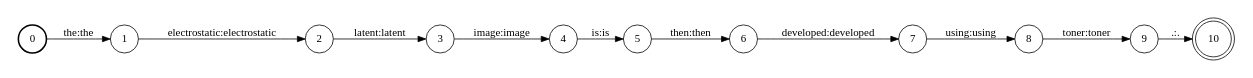
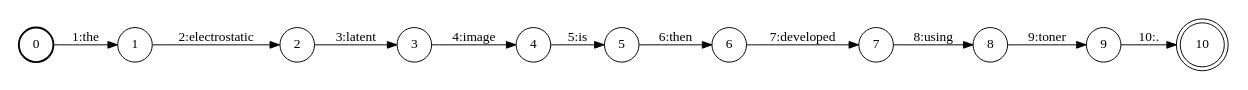
Before and after one commit to pepijnkokke/UvA-MT2-PBT: the diagram in out/task1/dev.en.4.dot, drawn with Graphviz. The commit also changed 2923 other files, not shown here.

```diff
--- a/out/task1/dev.en.4.dot
+++ b/out/task1/dev.en.4.dot
@@ -1,30 +1,30 @@
 digraph FST {
 rankdir = LR;
 size = "8.5,11";
 label = "";
 center = 1;
 orientation = Portrait;
 ranksep = "0.4";
 nodesep = "0.25";
 0 [label = "0", shape = circle, style = bold, fontsize = 14]
-	0 -> 1 [label = "the:the", fontsize = 14];
+	0 -> 1 [label = "1:the", fontsize = 14];
 1 [label = "1", shape = circle, style = solid, fontsize = 14]
-	1 -> 2 [label = "electrostatic:electrostatic", fontsize = 14];
+	1 -> 2 [label = "2:electrostatic", fontsize = 14];
 2 [label = "2", shape = circle, style = solid, fontsize = 14]
-	2 -> 3 [label = "latent:latent", fontsize = 14];
+	2 -> 3 [label = "3:latent", fontsize = 14];
 3 [label = "3", shape = circle, style = solid, fontsize = 14]
-	3 -> 4 [label = "image:image", fontsize = 14];
+	3 -> 4 [label = "4:image", fontsize = 14];
 4 [label = "4", shape = circle, style = solid, fontsize = 14]
-	4 -> 5 [label = "is:is", fontsize = 14];
+	4 -> 5 [label = "5:is", fontsize = 14];
 5 [label = "5", shape = circle, style = solid, fontsize = 14]
-	5 -> 6 [label = "then:then", fontsize = 14];
+	5 -> 6 [label = "6:then", fontsize = 14];
 6 [label = "6", shape = circle, style = solid, fontsize = 14]
-	6 -> 7 [label = "developed:developed", fontsize = 14];
+	6 -> 7 [label = "7:developed", fontsize = 14];
 7 [label = "7", shape = circle, style = solid, fontsize = 14]
-	7 -> 8 [label = "using:using", fontsize = 14];
+	7 -> 8 [label = "8:using", fontsize = 14];
 8 [label = "8", shape = circle, style = solid, fontsize = 14]
-	8 -> 9 [label = "toner:toner", fontsize = 14];
+	8 -> 9 [label = "9:toner", fontsize = 14];
 9 [label = "9", shape = circle, style = solid, fontsize = 14]
-	9 -> 10 [label = ".:.", fontsize = 14];
+	9 -> 10 [label = "10:.", fontsize = 14];
 10 [label = "10", shape = doublecircle, style = solid, fontsize = 14]
 }
```
